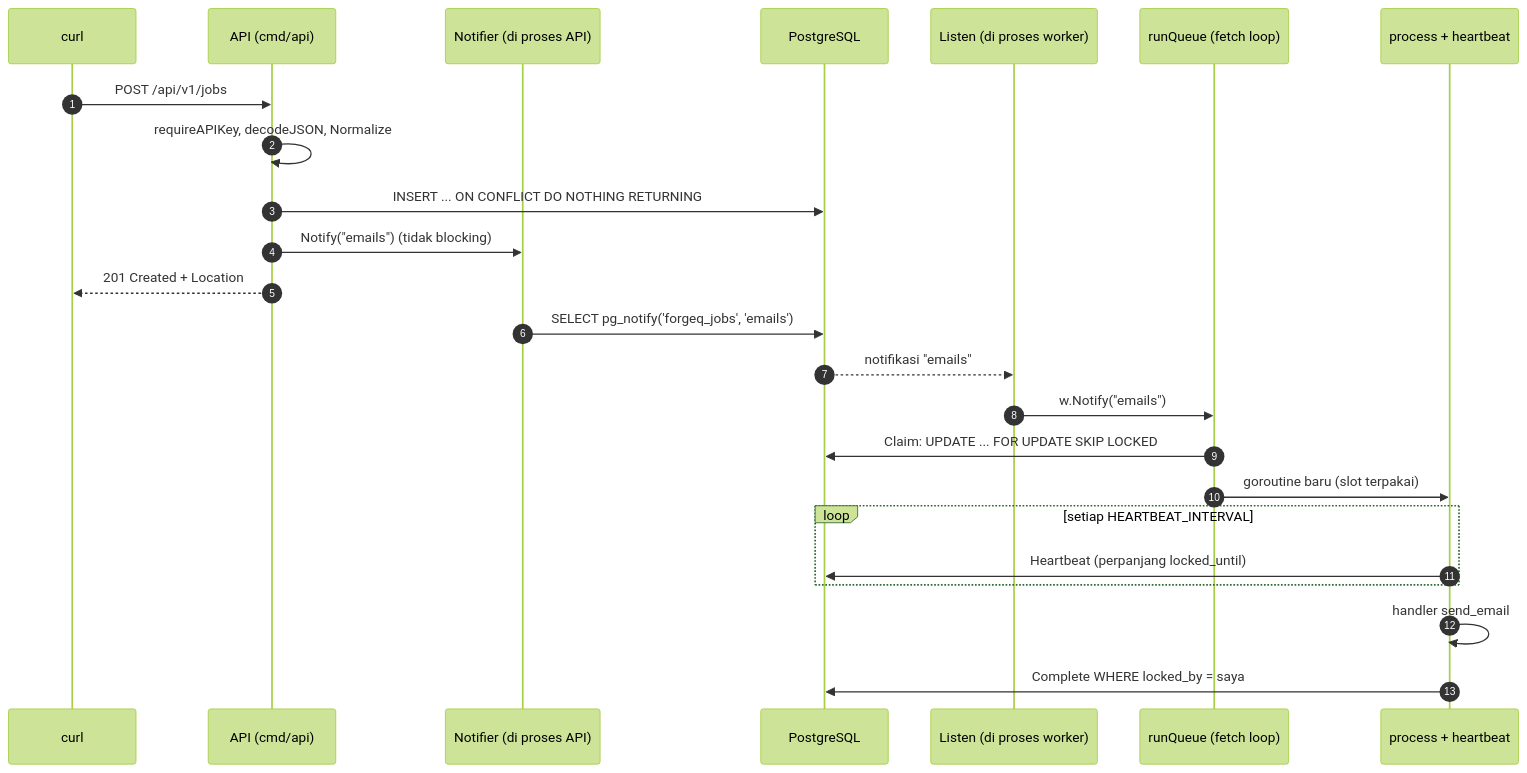
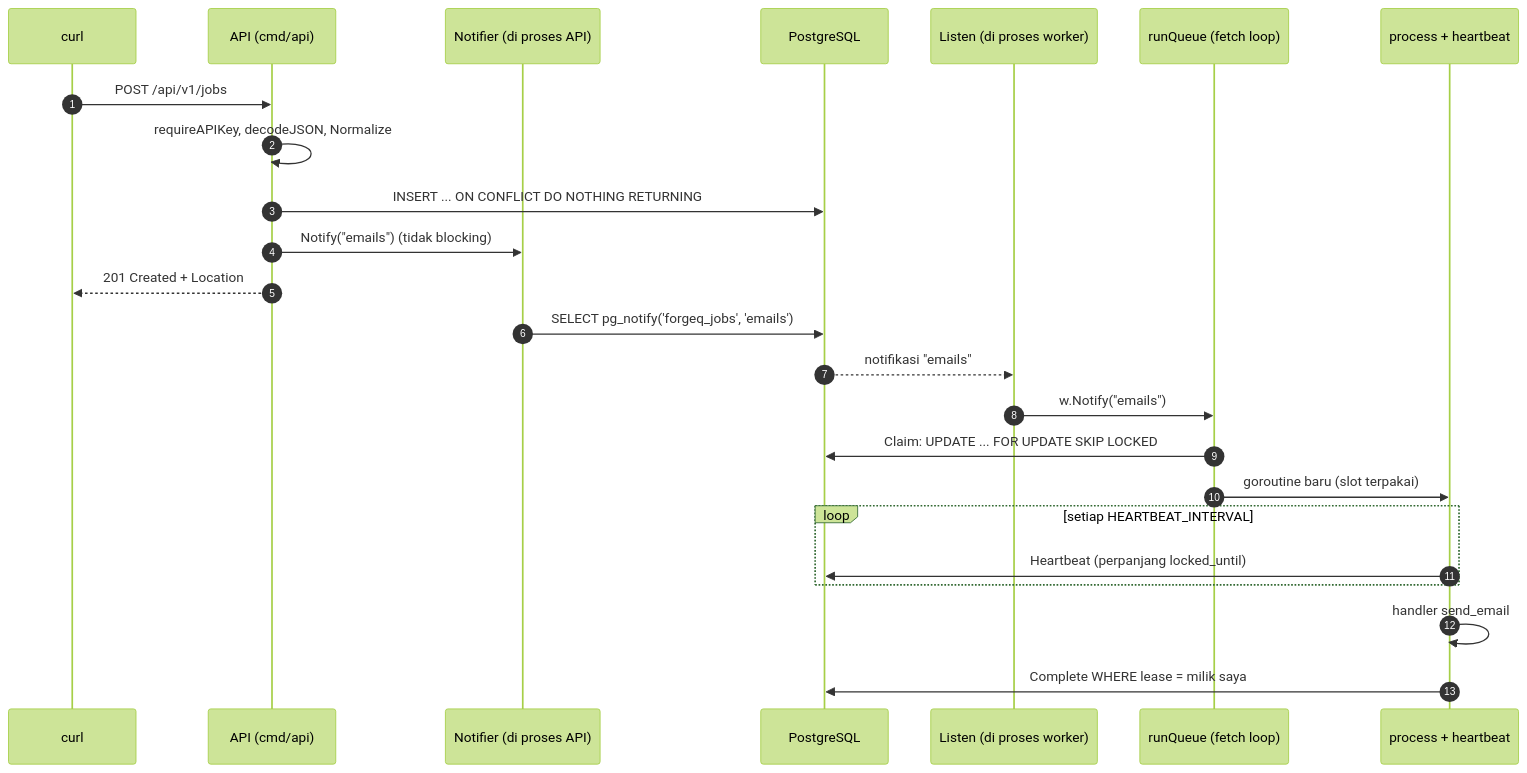
One commit to MFarrelAkbar1/ForgeQ-Backend changed the first of 2 diagrams in docs/belajar/01-perjalanan-satu-job.md. Above: the diagram before and after it, drawn with Mermaid (forest theme). The commit also changed other lines of this file and 2 other files, not shown here.

````diff
--- a/docs/belajar/01-perjalanan-satu-job.md
+++ b/docs/belajar/01-perjalanan-satu-job.md
@@ -12,26 +12,26 @@
 ```mermaid
 sequenceDiagram
     autonumber
     participant C as curl
     participant A as API (cmd/api)
     participant N as Notifier (di proses API)
     participant P as PostgreSQL
     participant L as Listen (di proses worker)
     participant F as runQueue (fetch loop)
     participant J as process + heartbeat
     C->>A: POST /api/v1/jobs
     A->>A: requireAPIKey, decodeJSON, Normalize
     A->>P: INSERT ... ON CONFLICT DO NOTHING RETURNING
     A->>N: Notify("emails") (tidak blocking)
     A-->>C: 201 Created + Location
     N->>P: SELECT pg_notify('forgeq_jobs', 'emails')
     P-->>L: notifikasi "emails"
     L->>F: w.Notify("emails")
     F->>P: Claim: UPDATE ... FOR UPDATE SKIP LOCKED
     F->>J: goroutine baru (slot terpakai)
     loop setiap HEARTBEAT_INTERVAL
         J->>P: Heartbeat (perpanjang locked_until)
     end
     J->>J: handler send_email
-    J->>P: Complete WHERE locked_by = saya
+    J->>P: Complete WHERE lease = milik saya
 ```
````
